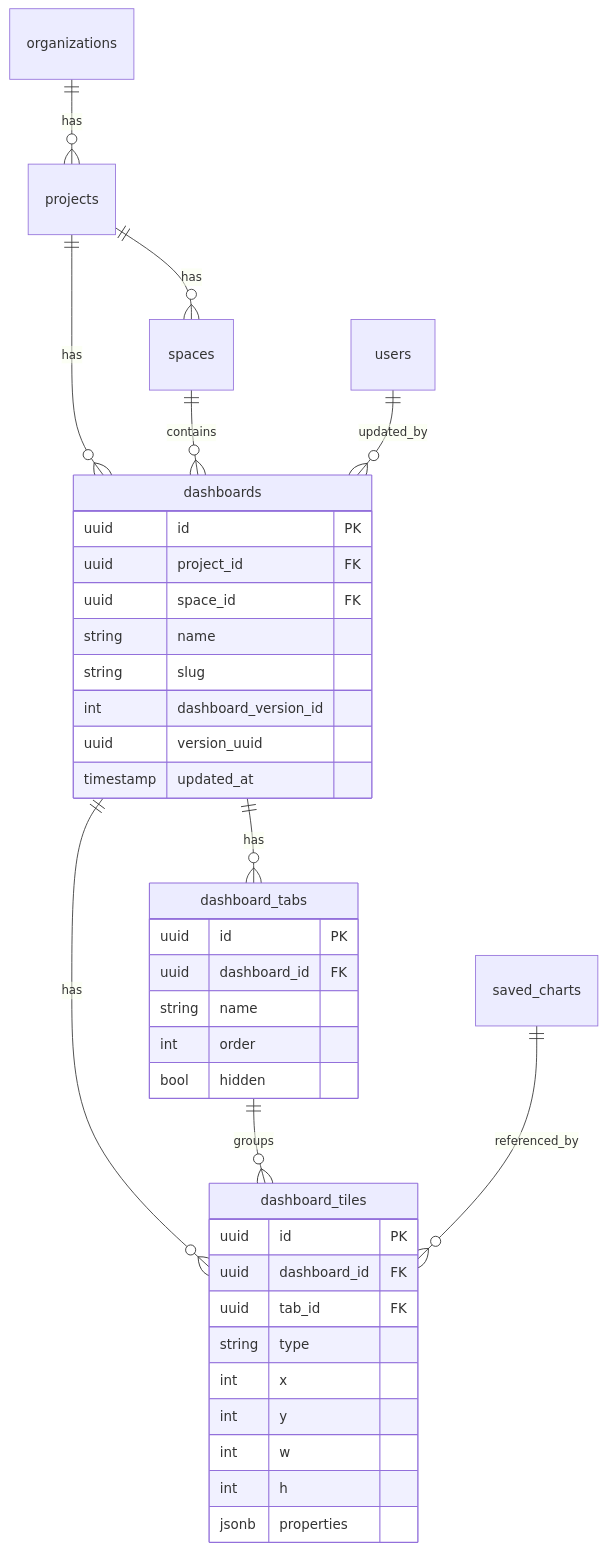
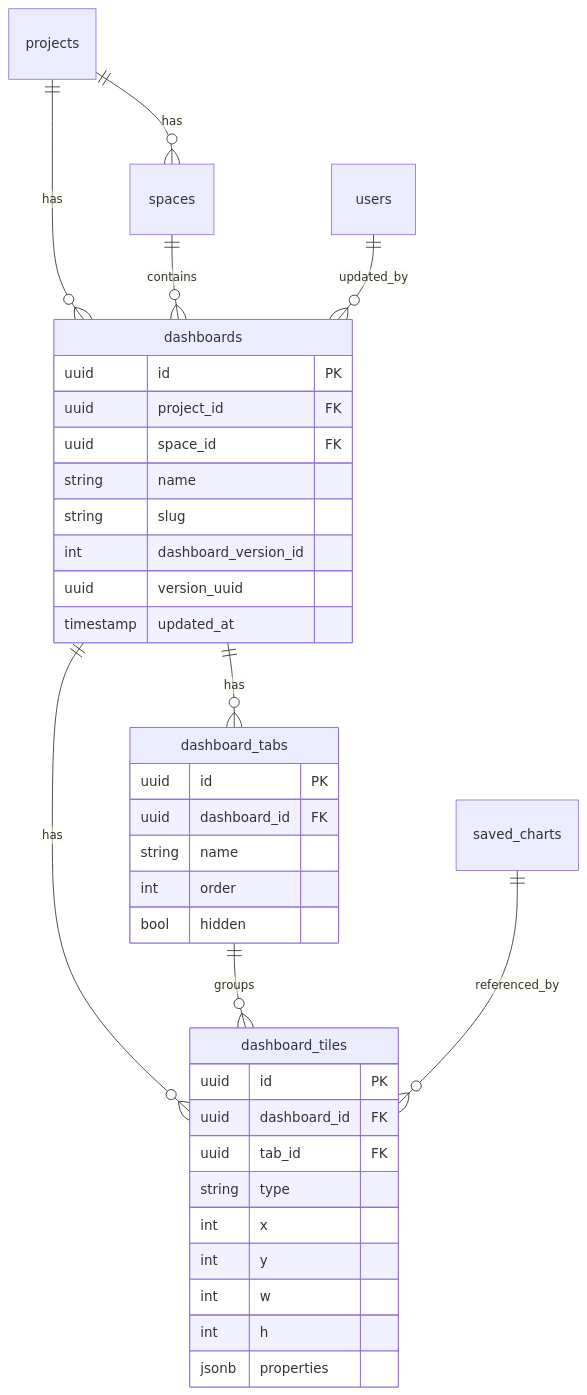
Before and after one commit to gregyharra/LightDashAngular: the diagram in docs/dashboard/database-strategy.md, drawn with Mermaid. The commit also changed other lines of this file and 39 other files, not shown here.

Commit message:
Remove organizations and org-scoped API routes so projects and warehouses work as a simpler single-tenant model, and add warehouse test-connection plus fixes for Postgres migrations, project loading, and navbar alignment.

````diff
--- a/docs/dashboard/database-strategy.md
+++ b/docs/dashboard/database-strategy.md
@@ -40,43 +40,42 @@
 ```mermaid
 erDiagram
-    organizations ||--o{ projects : has
     projects ||--o{ spaces : has
     projects ||--o{ dashboards : has
     spaces ||--o{ dashboards : contains
     dashboards ||--o{ dashboard_tabs : has
     dashboards ||--o{ dashboard_tiles : has
     dashboard_tabs ||--o{ dashboard_tiles : groups
     saved_charts ||--o{ dashboard_tiles : referenced_by
     users ||--o{ dashboards : updated_by
 
     dashboards {
         uuid id PK
         uuid project_id FK
         uuid space_id FK
         string name
         string slug
         int dashboard_version_id
         uuid version_uuid
         timestamp updated_at
     }
 
     dashboard_tabs {
         uuid id PK
         uuid dashboard_id FK
         string name
         int order
         bool hidden
     }
 
     dashboard_tiles {
         uuid id PK
         uuid dashboard_id FK
         uuid tab_id FK
         string type
         int x
         int y
         int w
         int h
         jsonb properties
     }
 ```
````
